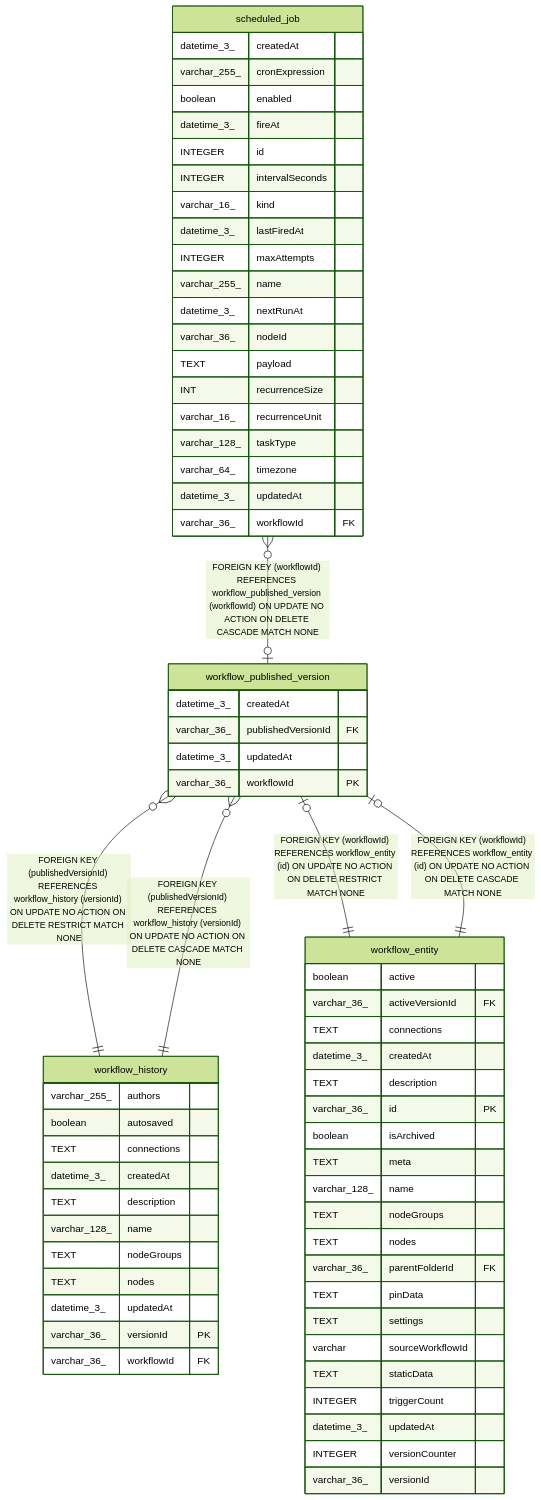
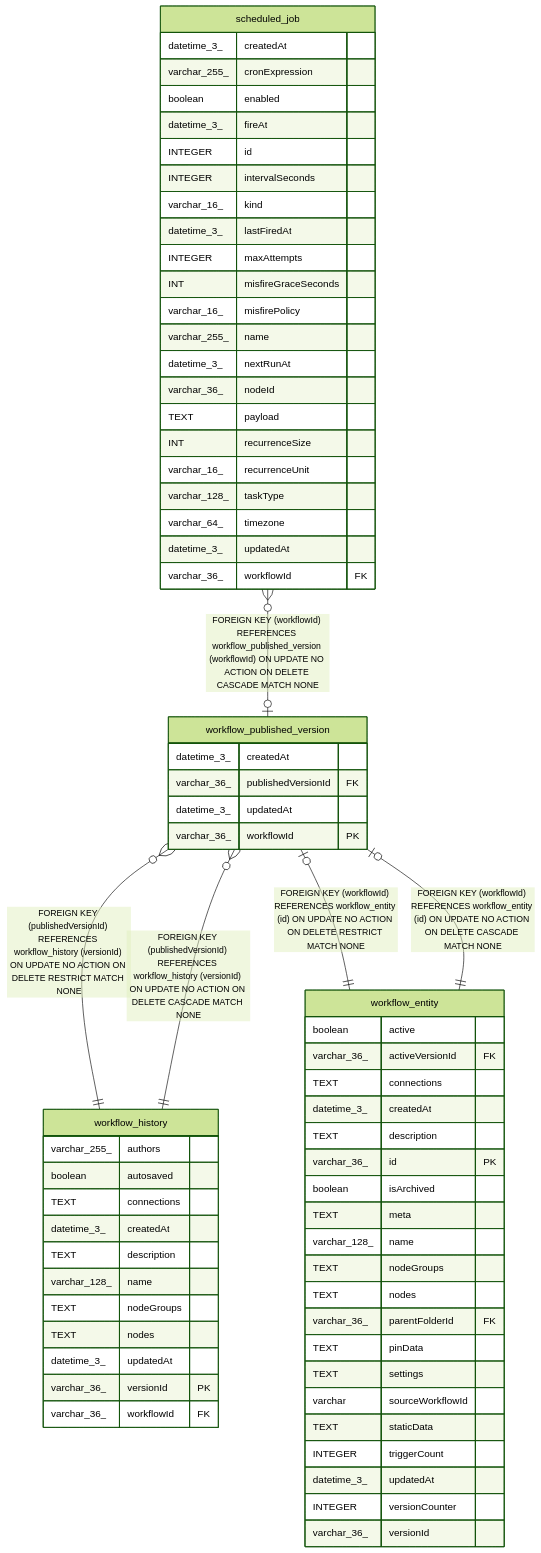
Before and after one commit to mayankjain1815-commits/n8n: the diagram in docs/generated/sqlite-schema/workflow_published_version.md, drawn with Mermaid (forest theme). The commit also changed 62 other files, not shown here.

Commit message:
feat(core): Add a misfire policy to the durable scheduler (#35075)

````diff
--- a/docs/generated/sqlite-schema/workflow_published_version.md
+++ b/docs/generated/sqlite-schema/workflow_published_version.md
@@ -42,72 +42,74 @@
 ```mermaid
 erDiagram
 
 "workflow_published_version" }o--|| "workflow_history" : "FOREIGN KEY (publishedVersionId) REFERENCES workflow_history (versionId) ON UPDATE NO ACTION ON DELETE RESTRICT MATCH NONE"
 "workflow_published_version" }o--|| "workflow_history" : "FOREIGN KEY (publishedVersionId) REFERENCES workflow_history (versionId) ON UPDATE NO ACTION ON DELETE CASCADE MATCH NONE"
 "workflow_published_version" |o--|| "workflow_entity" : "FOREIGN KEY (workflowId) REFERENCES workflow_entity (id) ON UPDATE NO ACTION ON DELETE RESTRICT MATCH NONE"
 "workflow_published_version" |o--|| "workflow_entity" : "FOREIGN KEY (workflowId) REFERENCES workflow_entity (id) ON UPDATE NO ACTION ON DELETE CASCADE MATCH NONE"
 "scheduled_job" }o--o| "workflow_published_version" : "FOREIGN KEY (workflowId) REFERENCES workflow_published_version (workflowId) ON UPDATE NO ACTION ON DELETE CASCADE MATCH NONE"
 
 "workflow_published_version" {
   datetime_3_ createdAt
   varchar_36_ publishedVersionId FK
   datetime_3_ updatedAt
   varchar_36_ workflowId PK
 }
 "workflow_history" {
   varchar_255_ authors
   boolean autosaved
   TEXT connections
   datetime_3_ createdAt
   TEXT description
   varchar_128_ name
   TEXT nodeGroups
   TEXT nodes
   datetime_3_ updatedAt
   varchar_36_ versionId PK
   varchar_36_ workflowId FK
 }
 "workflow_entity" {
   boolean active
   varchar_36_ activeVersionId FK
   TEXT connections
   datetime_3_ createdAt
   TEXT description
   varchar_36_ id PK
   boolean isArchived
   TEXT meta
   varchar_128_ name
   TEXT nodeGroups
   TEXT nodes
   varchar_36_ parentFolderId FK
   TEXT pinData
   TEXT settings
   varchar sourceWorkflowId
   TEXT staticData
   INTEGER triggerCount
   datetime_3_ updatedAt
   INTEGER versionCounter
   varchar_36_ versionId
 }
 "scheduled_job" {
   datetime_3_ createdAt
   varchar_255_ cronExpression
   boolean enabled
   datetime_3_ fireAt
   INTEGER id
   INTEGER intervalSeconds
   varchar_16_ kind
   datetime_3_ lastFiredAt
   INTEGER maxAttempts
+  INT misfireGraceSeconds
+  varchar_16_ misfirePolicy
   varchar_255_ name
   datetime_3_ nextRunAt
   varchar_36_ nodeId
   TEXT payload
   INT recurrenceSize
   varchar_16_ recurrenceUnit
   varchar_128_ taskType
   varchar_64_ timezone
   datetime_3_ updatedAt
   varchar_36_ workflowId FK
 }
 ```
````
